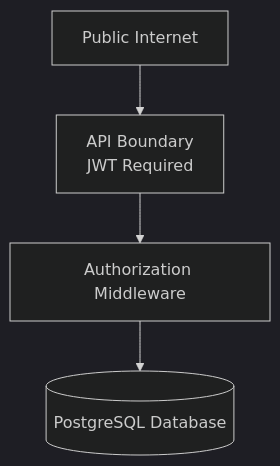
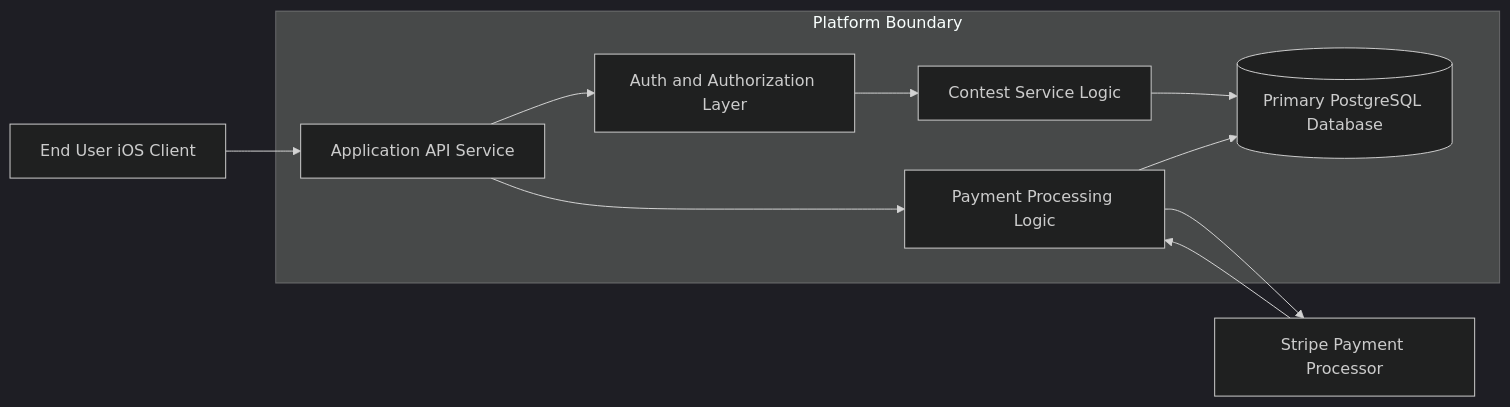
Before and after one commit to GreenbowAlabama/PlayoffChallenge: the first of 3 diagrams in docs/planning/security-architecture-briefing-2026-02-19.md, drawn with Mermaid (dark theme). The commit also changed other lines of this file and 4 other files, not shown here.

````diff
--- a/docs/planning/security-architecture-briefing-2026-02-19.md
+++ b/docs/planning/security-architecture-briefing-2026-02-19.md
@@ -33,11 +9,25 @@
 ``` mermaid
-flowchart TD
-    Internet[Public Internet]
-    API[API Boundary<br/>JWT Required]
-    Auth[Authorization Middleware]
-    DB[(PostgreSQL Database)]
+flowchart LR
 
-    Internet --> API
+    User[End User iOS Client]
+    Stripe[Stripe Payment Processor]
+
+    subgraph Platform Boundary
+        API[Application API Service]
+        Auth[Auth and Authorization Layer]
+        Contest[Contest Service Logic]
+        Payments[Payment Processing Logic]
+        DB[(Primary PostgreSQL Database)]
+    end
+
+    User --> API
     API --> Auth
-    Auth --> DB
+    Auth --> Contest
+    Contest --> DB
+
+    API --> Payments
+    Payments --> DB
+
+    Stripe --> Payments
+    Payments --> Stripe
 ```
````
